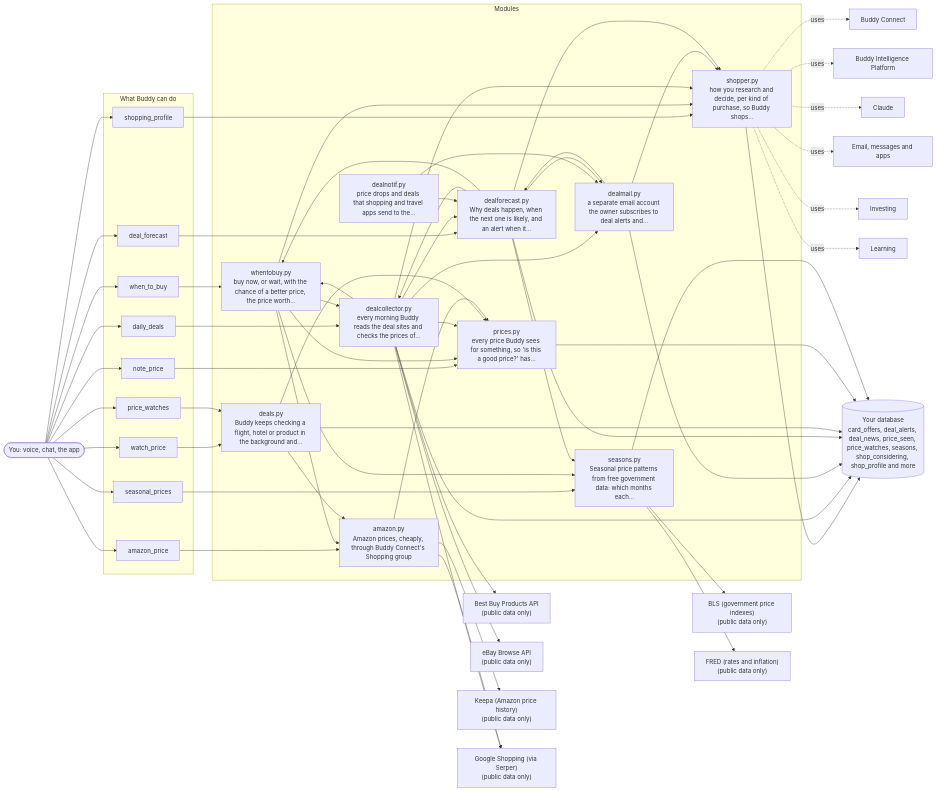
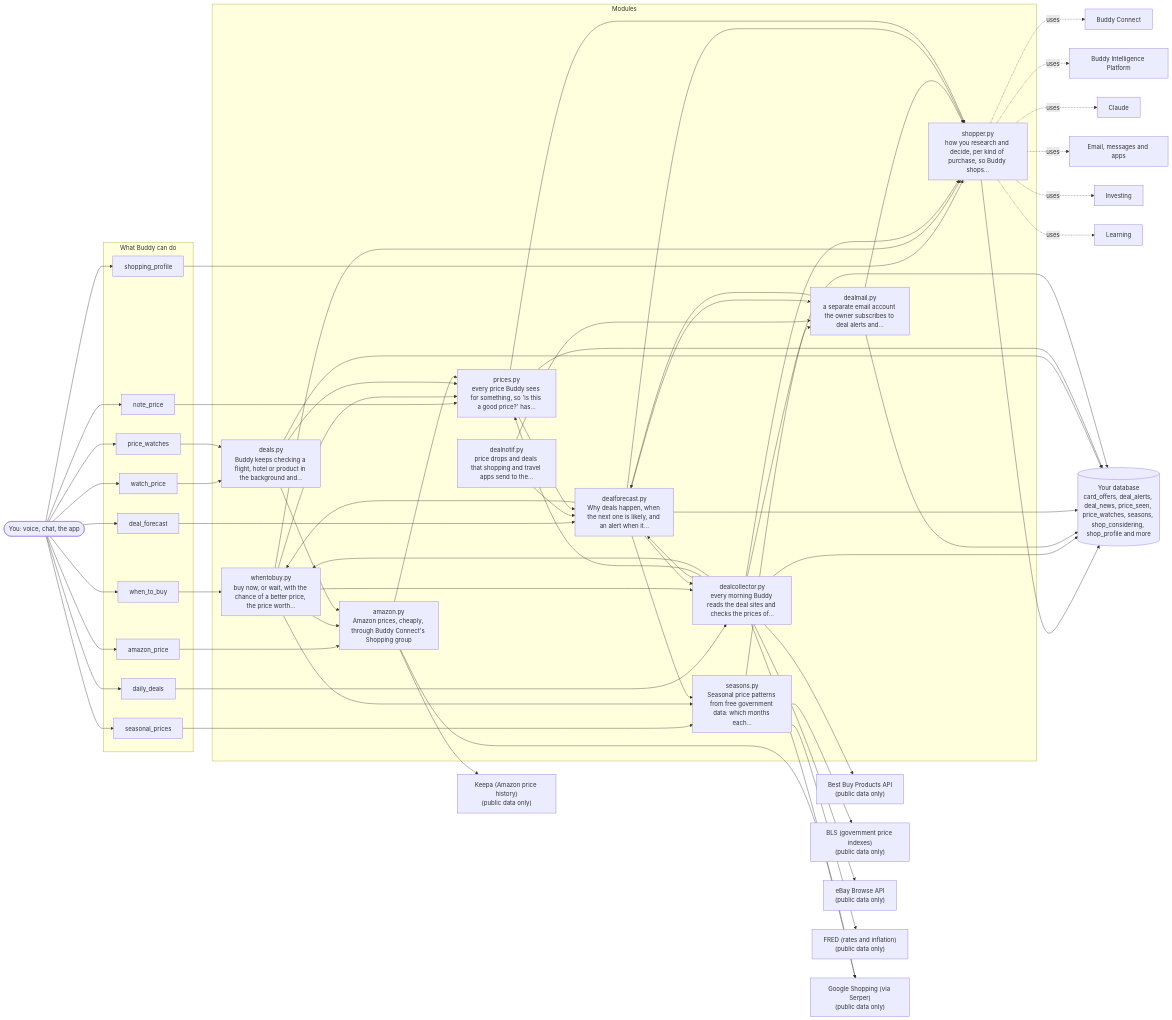
The diagram in docs/architecture/10-shopping-and-deals.md (aneesh304810/BuddyAgent), drawn with Mermaid before and after one commit. The commit also changed other lines of this file and 6 other files, not shown here.

```diff
--- a/docs/architecture/10-shopping-and-deals.md
+++ b/docs/architecture/10-shopping-and-deals.md
@@ -69,6 +69,8 @@
     dealforecast_py --> whentobuy_py
     deals_py --> amazon_py
     deals_py --> prices_py
+    prices_py --> dealforecast_py
+    prices_py --> shopper_py
     amazon_py --> prices_py
     db[("Your database<br/>card_offers, deal_alerts, deal_news, price_seen, price_watches, seasons, shop_considering, shop_profile and more")]
     shopper_py --> db
```
